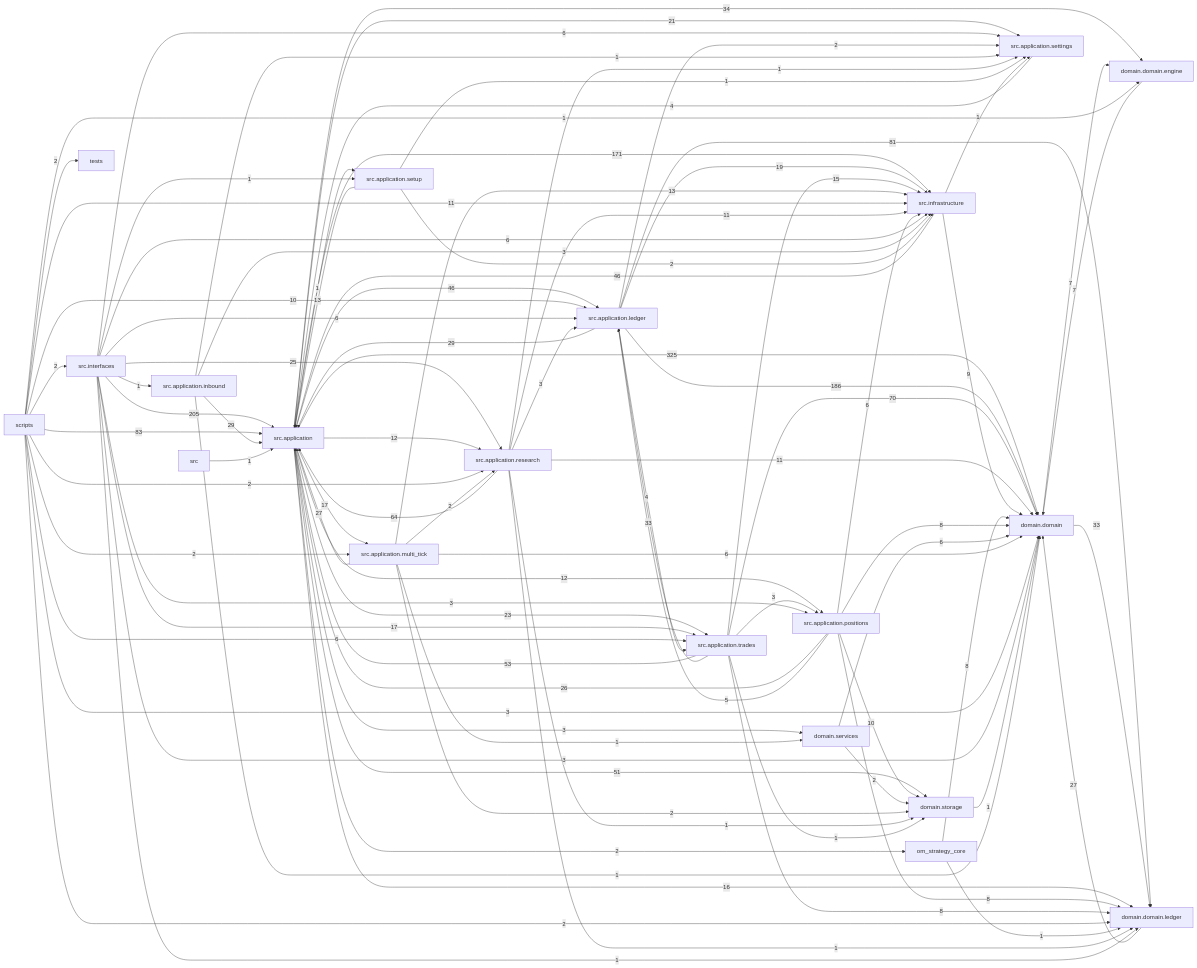
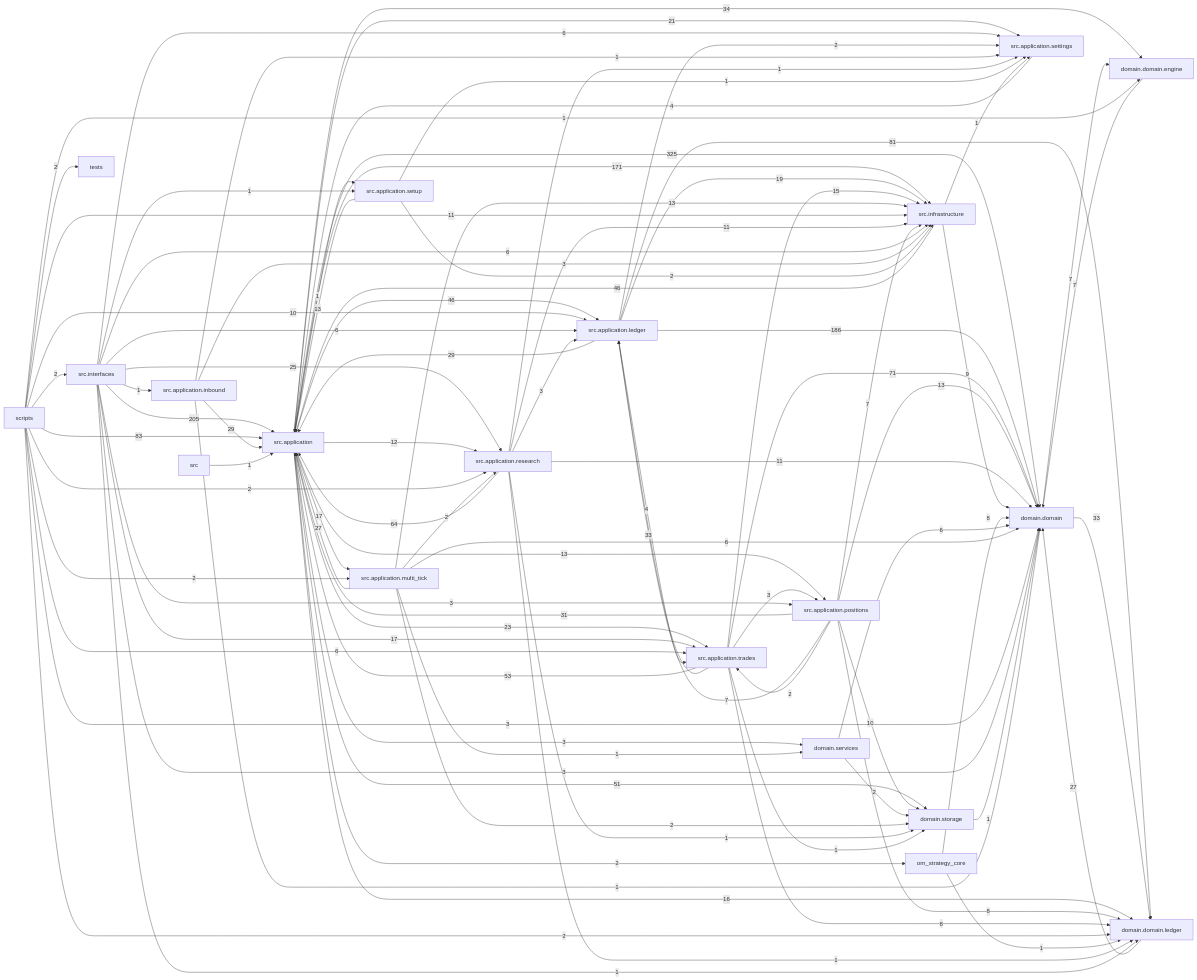
One commit to liuxie066/options-monitor changed the diagram in docs/dependency_graph.mmd. Above: the diagram before and after it, drawn with Mermaid. The commit also changed 25 other files, not shown here.

```diff
--- a/docs/dependency_graph.mmd
+++ b/docs/dependency_graph.mmd
@@ -1,90 +1,91 @@
 flowchart LR
   src_application["src.application"] -->|325| domain_domain["domain.domain"]
   src_interfaces["src.interfaces"] -->|205| src_application["src.application"]
   src_application_ledger["src.application.ledger"] -->|186| domain_domain["domain.domain"]
   src_application["src.application"] -->|171| src_infrastructure["src.infrastructure"]
   scripts["scripts"] -->|83| src_application["src.application"]
   src_application_ledger["src.application.ledger"] -->|81| domain_domain_ledger["domain.domain.ledger"]
-  src_application_trades["src.application.trades"] -->|70| domain_domain["domain.domain"]
+  src_application_trades["src.application.trades"] -->|71| domain_domain["domain.domain"]
   src_application_research["src.application.research"] -->|64| src_application["src.application"]
   src_application_trades["src.application.trades"] -->|53| src_application["src.application"]
   src_application["src.application"] -->|51| domain_storage["domain.storage"]
   src_application["src.application"] -->|46| src_application_ledger["src.application.ledger"]
   src_infrastructure["src.infrastructure"] -->|46| src_application["src.application"]
   src_application["src.application"] -->|34| domain_domain_engine["domain.domain.engine"]
   domain_domain["domain.domain"] -->|33| domain_domain_ledger["domain.domain.ledger"]
   src_application_trades["src.application.trades"] -->|33| src_application_ledger["src.application.ledger"]
+  src_application_positions["src.application.positions"] -->|31| src_application["src.application"]
   src_application_inbound["src.application.inbound"] -->|29| src_application["src.application"]
   src_application_ledger["src.application.ledger"] -->|29| src_application["src.application"]
   domain_domain_ledger["domain.domain.ledger"] -->|27| domain_domain["domain.domain"]
   src_application_multi_tick["src.application.multi_tick"] -->|27| src_application["src.application"]
-  src_application_positions["src.application.positions"] -->|26| src_application["src.application"]
   src_interfaces["src.interfaces"] -->|25| src_application_research["src.application.research"]
   src_application["src.application"] -->|23| src_application_trades["src.application.trades"]
   src_application["src.application"] -->|21| src_application_settings["src.application.settings"]
   src_application_ledger["src.application.ledger"] -->|19| src_infrastructure["src.infrastructure"]
   src_application["src.application"] -->|17| src_application_multi_tick["src.application.multi_tick"]
   src_interfaces["src.interfaces"] -->|17| src_application_trades["src.application.trades"]
   src_application["src.application"] -->|16| domain_domain_ledger["domain.domain.ledger"]
   src_application_trades["src.application.trades"] -->|15| src_infrastructure["src.infrastructure"]
+  src_application["src.application"] -->|13| src_application_positions["src.application.positions"]
   src_application_multi_tick["src.application.multi_tick"] -->|13| src_infrastructure["src.infrastructure"]
+  src_application_positions["src.application.positions"] -->|13| domain_domain["domain.domain"]
   src_application_setup["src.application.setup"] -->|13| src_application["src.application"]
-  src_application["src.application"] -->|12| src_application_positions["src.application.positions"]
   src_application["src.application"] -->|12| src_application_research["src.application.research"]
   scripts["scripts"] -->|11| src_infrastructure["src.infrastructure"]
   src_application_research["src.application.research"] -->|11| domain_domain["domain.domain"]
   src_application_research["src.application.research"] -->|11| src_infrastructure["src.infrastructure"]
   scripts["scripts"] -->|10| src_application_ledger["src.application.ledger"]
   src_application_positions["src.application.positions"] -->|10| domain_storage["domain.storage"]
   src_infrastructure["src.infrastructure"] -->|9| domain_domain["domain.domain"]
   om_strategy_core["om_strategy_core"] -->|8| domain_domain["domain.domain"]
-  src_application_positions["src.application.positions"] -->|8| domain_domain["domain.domain"]
   src_application_positions["src.application.positions"] -->|8| domain_domain_ledger["domain.domain.ledger"]
   src_application_trades["src.application.trades"] -->|8| domain_domain_ledger["domain.domain.ledger"]
   domain_domain["domain.domain"] -->|7| domain_domain_engine["domain.domain.engine"]
   domain_domain_engine["domain.domain.engine"] -->|7| domain_domain["domain.domain"]
+  src_application_positions["src.application.positions"] -->|7| src_application_ledger["src.application.ledger"]
+  src_application_positions["src.application.positions"] -->|7| src_infrastructure["src.infrastructure"]
   domain_services["domain.services"] -->|6| domain_domain["domain.domain"]
   scripts["scripts"] -->|6| src_application_trades["src.application.trades"]
   src_application_multi_tick["src.application.multi_tick"] -->|6| domain_domain["domain.domain"]
-  src_application_positions["src.application.positions"] -->|6| src_infrastructure["src.infrastructure"]
   src_interfaces["src.interfaces"] -->|6| src_application_ledger["src.application.ledger"]
   src_interfaces["src.interfaces"] -->|6| src_application_settings["src.application.settings"]
   src_interfaces["src.interfaces"] -->|6| src_infrastructure["src.infrastructure"]
-  src_application_positions["src.application.positions"] -->|5| src_application_ledger["src.application.ledger"]
   src_application_ledger["src.application.ledger"] -->|4| src_application_trades["src.application.trades"]
   src_application_settings["src.application.settings"] -->|4| src_application["src.application"]
   scripts["scripts"] -->|3| domain_domain["domain.domain"]
   src_application["src.application"] -->|3| domain_services["domain.services"]
   src_application_inbound["src.application.inbound"] -->|3| src_infrastructure["src.infrastructure"]
   src_application_research["src.application.research"] -->|3| src_application_ledger["src.application.ledger"]
   src_application_trades["src.application.trades"] -->|3| src_application_positions["src.application.positions"]
   src_interfaces["src.interfaces"] -->|3| domain_domain["domain.domain"]
   src_interfaces["src.interfaces"] -->|3| src_application_positions["src.application.positions"]
   domain_services["domain.services"] -->|2| domain_storage["domain.storage"]
   scripts["scripts"] -->|2| domain_domain_ledger["domain.domain.ledger"]
   scripts["scripts"] -->|2| src_application_multi_tick["src.application.multi_tick"]
   scripts["scripts"] -->|2| src_application_research["src.application.research"]
   scripts["scripts"] -->|2| src_interfaces["src.interfaces"]
   scripts["scripts"] -->|2| tests["tests"]
   src_application["src.application"] -->|2| om_strategy_core["om_strategy_core"]
   src_application_ledger["src.application.ledger"] -->|2| src_application_settings["src.application.settings"]
   src_application_multi_tick["src.application.multi_tick"] -->|2| domain_storage["domain.storage"]
   src_application_multi_tick["src.application.multi_tick"] -->|2| src_application_research["src.application.research"]
+  src_application_positions["src.application.positions"] -->|2| src_application_trades["src.application.trades"]
   src_application_setup["src.application.setup"] -->|2| src_infrastructure["src.infrastructure"]
   domain_storage["domain.storage"] -->|1| domain_domain["domain.domain"]
   om_strategy_core["om_strategy_core"] -->|1| domain_domain_ledger["domain.domain.ledger"]
   scripts["scripts"] -->|1| domain_domain_engine["domain.domain.engine"]
   src["src"] -->|1| src_application["src.application"]
   src_application["src.application"] -->|1| src_application_setup["src.application.setup"]
   src_application_inbound["src.application.inbound"] -->|1| domain_domain["domain.domain"]
   src_application_inbound["src.application.inbound"] -->|1| src_application_settings["src.application.settings"]
   src_application_multi_tick["src.application.multi_tick"] -->|1| domain_services["domain.services"]
   src_application_research["src.application.research"] -->|1| domain_domain_ledger["domain.domain.ledger"]
   src_application_research["src.application.research"] -->|1| domain_storage["domain.storage"]
   src_application_research["src.application.research"] -->|1| src_application_settings["src.application.settings"]
   src_application_setup["src.application.setup"] -->|1| src_application_settings["src.application.settings"]
   src_application_trades["src.application.trades"] -->|1| domain_storage["domain.storage"]
   src_infrastructure["src.infrastructure"] -->|1| src_application_settings["src.application.settings"]
   src_interfaces["src.interfaces"] -->|1| domain_domain_ledger["domain.domain.ledger"]
   src_interfaces["src.interfaces"] -->|1| src_application_inbound["src.application.inbound"]
   src_interfaces["src.interfaces"] -->|1| src_application_setup["src.application.setup"]
```
